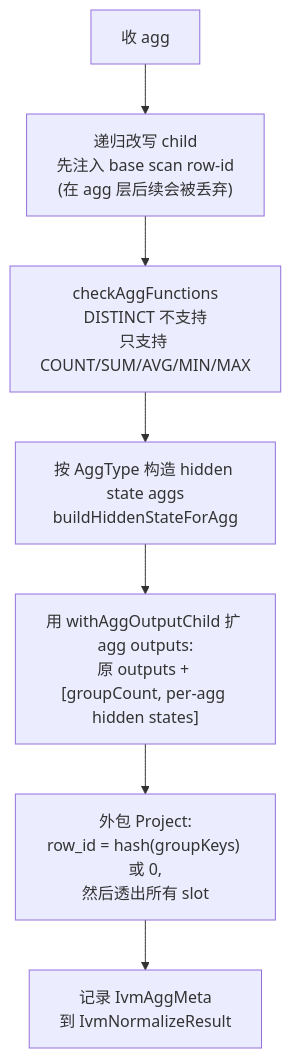
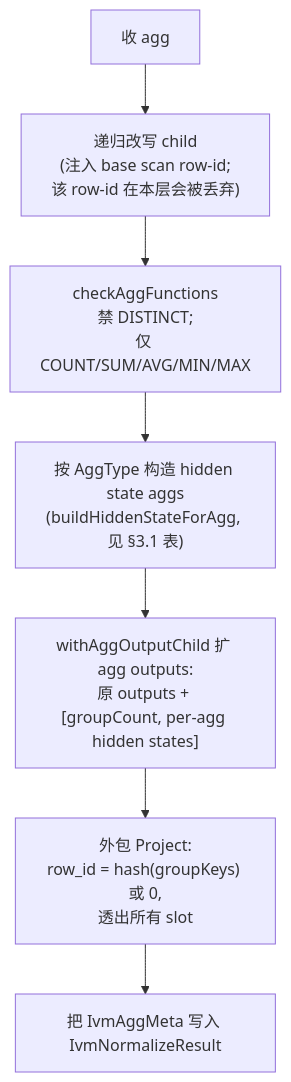
One commit to seawinde/doris changed the sixth of 9 diagrams in docs/ivm_design.md. Above: the diagram before and after it, drawn with Mermaid. The commit also changed other lines of this file, not shown here.

First line of the commit message:
[doc](mtmv) Restructure IVM design doc: dedupe and fill gaps

````diff
--- a/docs/ivm_design.md
+++ b/docs/ivm_design.md
@@ -335,9 +305,9 @@
 ```mermaid
 flowchart TD
-  A["收 agg"] --> B["递归改写 child<br/>先注入 base scan row-id<br/>(在 agg 层后续会被丢弃)"]
-  B --> C["checkAggFunctions<br/>DISTINCT 不支持<br/>只支持 COUNT/SUM/AVG/MIN/MAX"]
-  C --> D["按 AggType 构造 hidden state aggs<br/>buildHiddenStateForAgg"]
-  D --> E["用 withAggOutputChild 扩 agg outputs:<br/>原 outputs + [groupCount, per-agg hidden states]"]
-  E --> F["外包 Project:<br/>row_id = hash(groupKeys) 或 0,<br/>然后透出所有 slot"]
-  F --> G["记录 IvmAggMeta<br/>到 IvmNormalizeResult"]
+  A["收 agg"] --> B["递归改写 child<br/>(注入 base scan row-id;<br/>该 row-id 在本层会被丢弃)"]
+  B --> C["checkAggFunctions<br/>禁 DISTINCT;<br/>仅 COUNT/SUM/AVG/MIN/MAX"]
+  C --> D["按 AggType 构造 hidden state aggs<br/>(buildHiddenStateForAgg, 见 §3.1 表)"]
+  D --> E["withAggOutputChild 扩 agg outputs:<br/>原 outputs + [groupCount, per-agg hidden states]"]
+  E --> F["外包 Project:<br/>row_id = hash(groupKeys) 或 0,<br/>透出所有 slot"]
+  F --> G["把 IvmAggMeta 写入 IvmNormalizeResult"]
 ```
````
